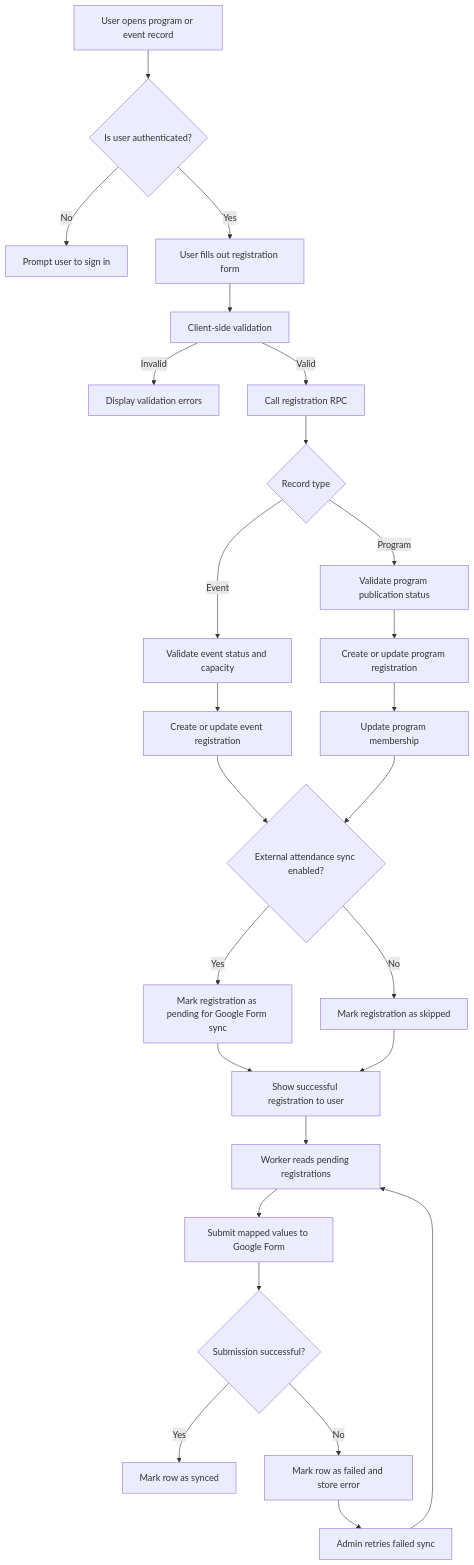
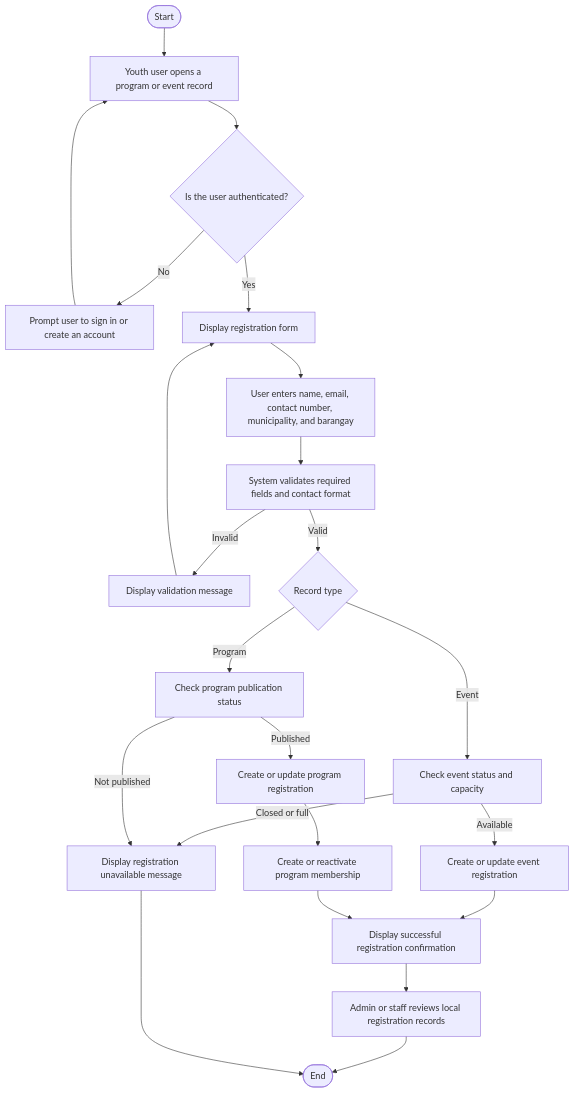
Before and after one commit to txiaoqt/lydo-connect-org-focused: the first of 3 diagrams in Methodology/3.2.1-Activity-Diagram.md, drawn with Mermaid. The commit also changed other lines of this file and 15 other files, not shown here.

````diff
--- a/Methodology/3.2.1-Activity-Diagram.md
+++ b/Methodology/3.2.1-Activity-Diagram.md
@@ -7,28 +7,25 @@
 ```mermaid
 flowchart TD
-    A[User opens program or event record] --> B{Is user authenticated?}
-    B -- No --> C[Prompt user to sign in]
-    B -- Yes --> D[User fills out registration form]
-    D --> E[Client-side validation]
-    E -- Invalid --> F[Display validation errors]
-    E -- Valid --> G[Call registration RPC]
-    G --> H{Record type}
-    H -- Event --> I[Validate event status and capacity]
-    H -- Program --> J[Validate program publication status]
-    I --> K[Create or update event registration]
-    J --> L[Create or update program registration]
-    L --> M[Update program membership]
-    K --> N{External attendance sync enabled?}
-    M --> N
-    N -- Yes --> O[Mark registration as pending for Google Form sync]
-    N -- No --> P[Mark registration as skipped]
-    O --> Q[Show successful registration to user]
-    P --> Q
-    Q --> R[Worker reads pending registrations]
-    R --> S[Submit mapped values to Google Form]
-    S --> T{Submission successful?}
-    T -- Yes --> U[Mark row as synced]
-    T -- No --> V[Mark row as failed and store error]
-    V --> W[Admin retries failed sync]
-    W --> R
+    A([Start]) --> B[Youth user opens a program or event record]
+    B --> C{Is the user authenticated?}
+    C -- No --> D[Prompt user to sign in or create an account]
+    D --> B
+    C -- Yes --> E[Display registration form]
+    E --> F[User enters name, email, contact number, municipality, and barangay]
+    F --> G[System validates required fields and contact format]
+    G -- Invalid --> H[Display validation message]
+    H --> E
+    G -- Valid --> I{Record type}
+    I -- Event --> J[Check event status and capacity]
+    I -- Program --> K[Check program publication status]
+    J -- Closed or full --> L[Display registration unavailable message]
+    K -- Not published --> L
+    J -- Available --> M[Create or update event registration]
+    K -- Published --> N[Create or update program registration]
+    N --> O[Create or reactivate program membership]
+    M --> P[Display successful registration confirmation]
+    O --> P
+    P --> Q[Admin or staff reviews local registration records]
+    Q --> R([End])
+    L --> R
 ```
````
